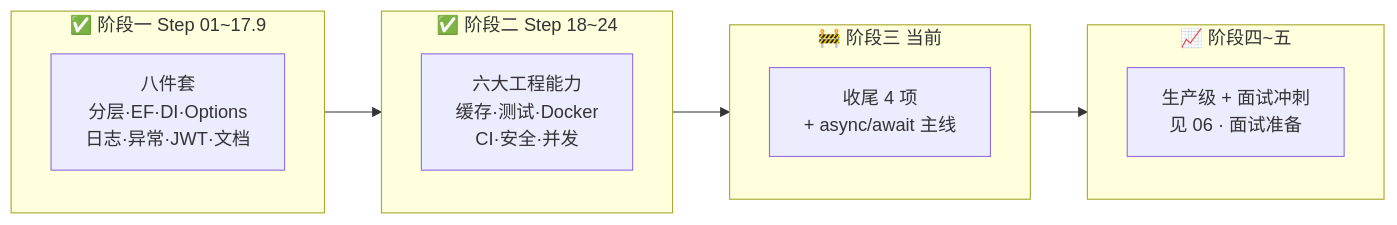
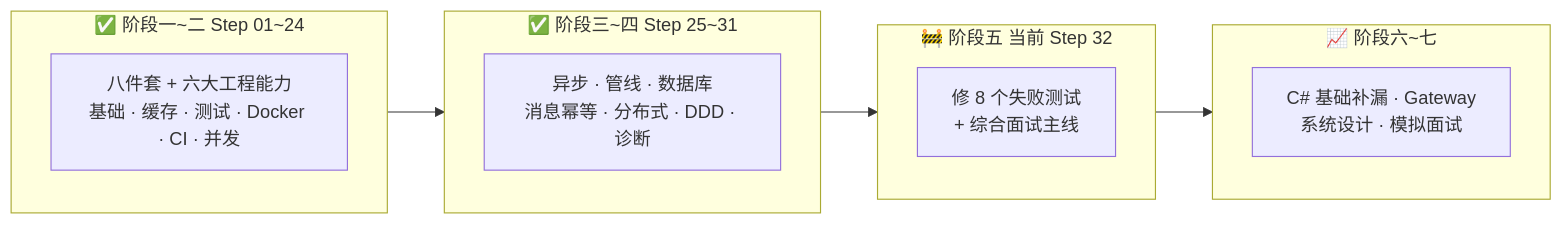
The diagram in docs/学习笔记与路线图.md (zhanbinb/OrderManagement), drawn with Mermaid before and after one commit. The commit also changed other lines of this file and 17 other files, not shown here.

````diff
--- a/docs/学习笔记与路线图.md
+++ b/docs/学习笔记与路线图.md
@@ -25,16 +32,16 @@
 ```mermaid
 flowchart LR
-    subgraph S1[✅ 阶段一 Step 01~17.9]
-        A[八件套<br/>分层·EF·DI·Options<br/>日志·异常·JWT·文档]
+    subgraph S1[✅ 阶段一~二 Step 01~24]
+        A[八件套 + 六大工程能力<br/>基础 · 缓存 · 测试 · Docker · CI · 并发]
     end
-    subgraph S2[✅ 阶段二 Step 18~24]
-        B[六大工程能力<br/>缓存·测试·Docker<br/>CI·安全·并发]
+    subgraph S2[✅ 阶段三~四 Step 25~31]
+        B[异步 · 管线 · 数据库<br/>消息幂等 · 分布式 · DDD · 诊断]
     end
-    subgraph S3[🚧 阶段三 当前]
-        C[收尾 4 项<br/>+ async/await 主线]
+    subgraph S3[🚧 阶段五 当前 Step 32]
+        C[修 8 个失败测试<br/>+ 综合面试主线]
     end
-    subgraph S4[📈 阶段四~五]
-        D[生产级 + 面试冲刺<br/>见 06 · 面试准备]
+    subgraph S4[📈 阶段六~七]
+        D[C# 基础补漏 · Gateway<br/>系统设计 · 模拟面试]
     end
     S1 --> S2 --> S3 --> S4
 ```
````
